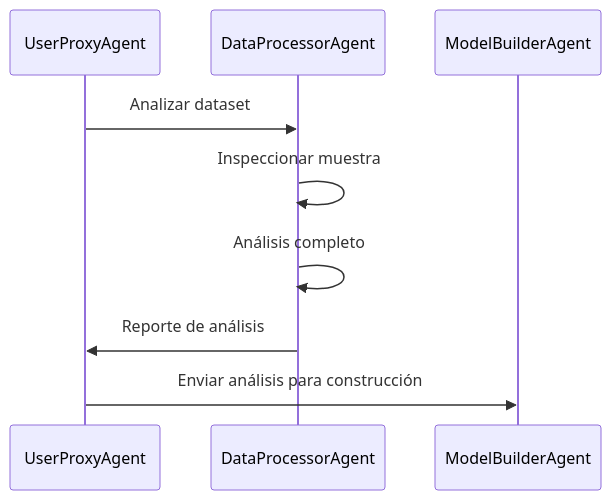
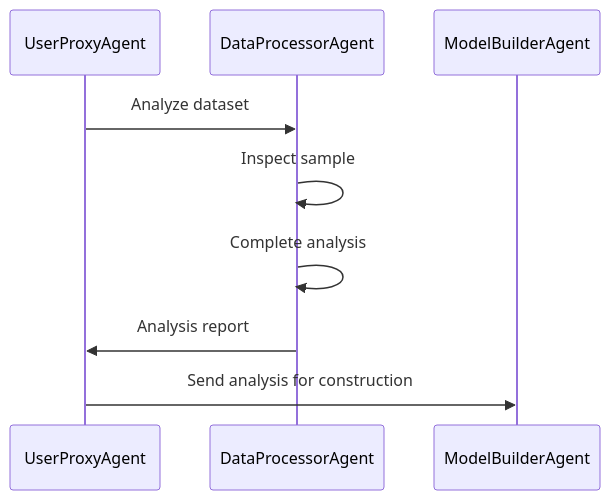
One commit to davidmonterocrespo24/Agents2ML changed the third of 3 diagrams in docs/agents/data_processor_agent.md. Above: the diagram before and after it, drawn with Mermaid. The commit also changed other lines of this file and 13 other files, not shown here.

````diff
--- a/docs/agents/data_processor_agent.md
+++ b/docs/agents/data_processor_agent.md
@@ -182,12 +182,12 @@
 ```mermaid
 sequenceDiagram
     participant U as UserProxyAgent
     participant DP as DataProcessorAgent
     participant MB as ModelBuilderAgent
     
-    U->>DP: Analizar dataset
-    DP->>DP: Inspeccionar muestra
-    DP->>DP: Análisis completo
-    DP->>U: Reporte de análisis
-    U->>MB: Enviar análisis para construcción
+    U->>DP: Analyze dataset
+    DP->>DP: Inspect sample
+    DP->>DP: Complete analysis
+    DP->>U: Analysis report
+    U->>MB: Send analysis for construction
 ```
````
